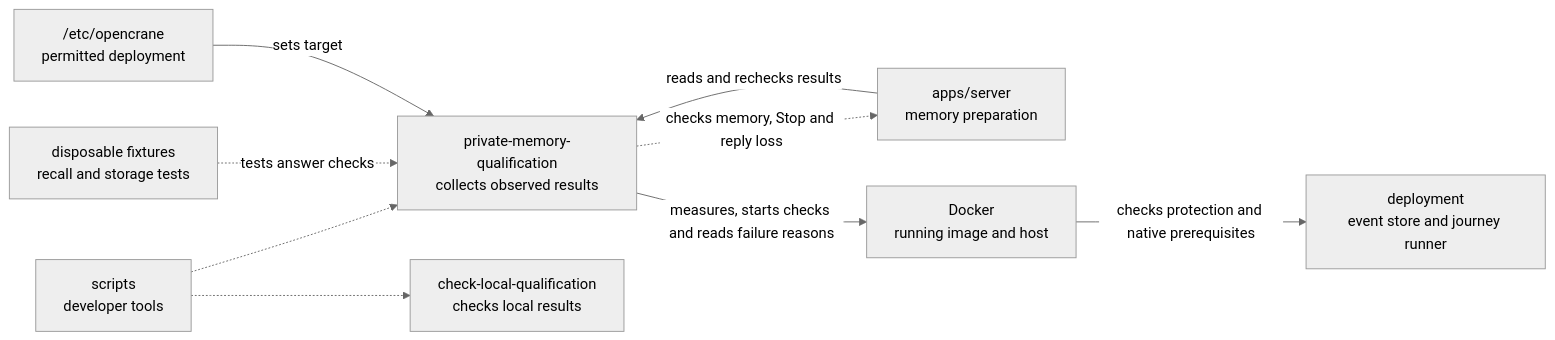
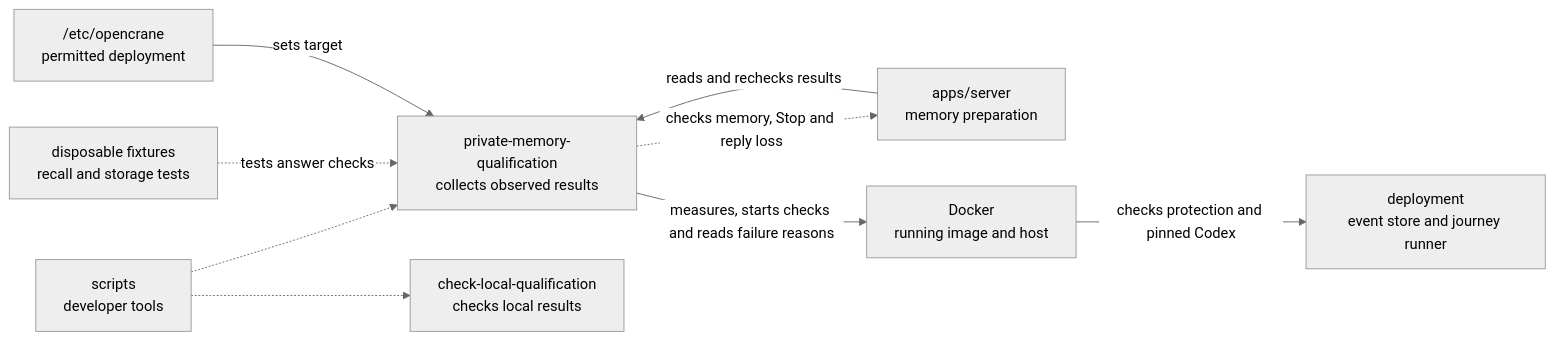
One commit to elewa-git/opencrane-new changed the diagram in scripts/private-memory-qualification/README.md. Above: the diagram before and after it, drawn with Mermaid (neutral theme). The commit also changed other lines of this file and 9 other files, not shown here.

Commit message:
📦 Ship pinned Codex for private image checks

````diff
--- a/scripts/private-memory-qualification/README.md
+++ b/scripts/private-memory-qualification/README.md
@@ -18,11 +18,11 @@
 ```mermaid
 flowchart LR
   scripts["scripts<br/>developer tools"] -.-> collector["private-memory-qualification<br/>collects observed results"]
   fixtures["disposable fixtures<br/>recall and storage tests"] -.->|tests answer checks| collector
   scripts -.-> sibling["check-local-qualification<br/>checks local results"]
   server["apps/server<br/>memory preparation"] -->|reads and rechecks results| collector
   collector -.->|checks memory, Stop and reply loss| server
   config["/etc/opencrane<br/>permitted deployment"] -->|sets target| collector
   collector -->|measures, starts checks and reads failure reasons| docker["Docker<br/>running image and host"]
-  docker -->|checks protection and native prerequisites| deployment["deployment<br/>event store and journey runner"]
+  docker -->|checks protection and pinned Codex| deployment["deployment<br/>event store and journey runner"]
 ```
````
